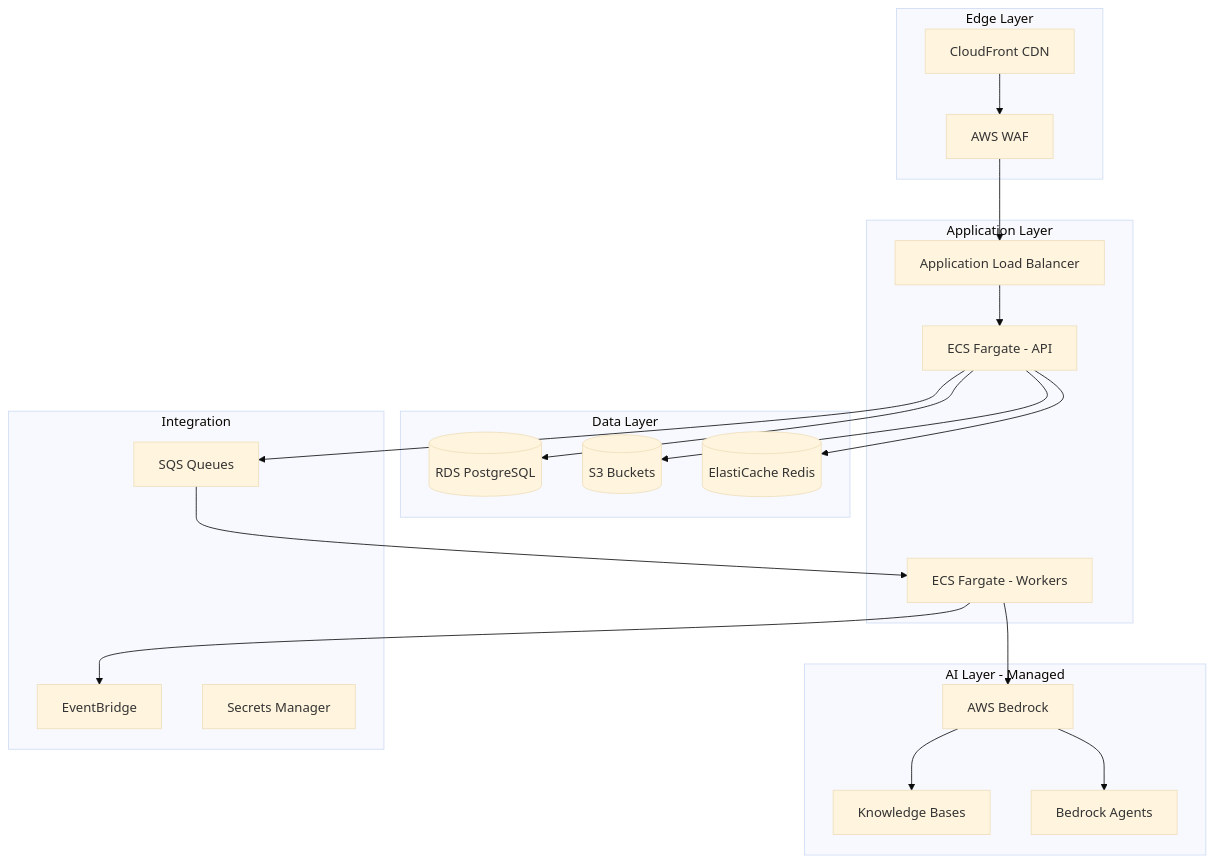
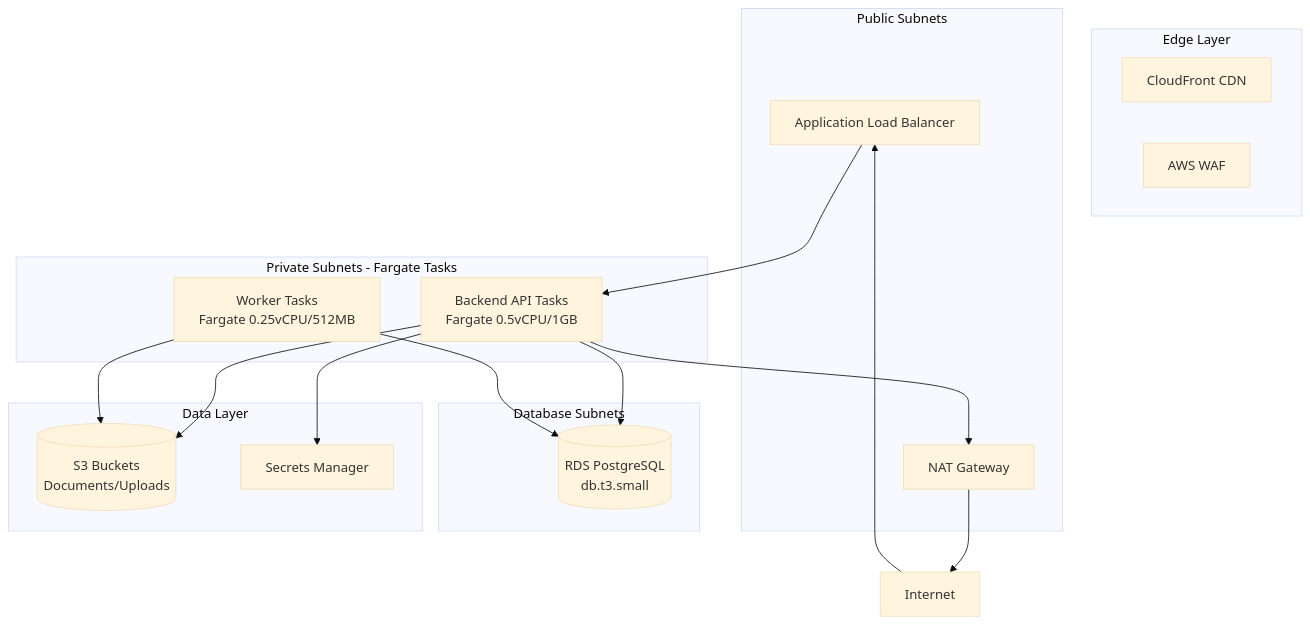
The first of 2 diagrams in docs/infrastructure.md (femimada/paperwurks-infrastructure), drawn with Mermaid (base theme) before and after one commit. The commit also changed other lines of this file and 1 other file, not shown here.

````diff
--- a/docs/infrastructure.md
+++ b/docs/infrastructure.md
@@ -38,44 +54,36 @@
 ```mermaid
 graph TB
     subgraph "Edge Layer"
         CF[CloudFront CDN]
         WAF[AWS WAF]
     end
 
-    subgraph "Application Layer"
+    subgraph "Public Subnets"
         ALB[Application Load Balancer]
-        ECS_API[ECS Fargate - API]
-        ECS_WORKER[ECS Fargate - Workers]
+        NAT[NAT Gateway]
     end
 
-    subgraph "AI Layer - Managed"
-        BEDROCK[AWS Bedrock]
-        KB[Knowledge Bases]
-        AGENTS[Bedrock Agents]
+    subgraph "Private Subnets - Fargate Tasks"
+        BACKEND[Backend API Tasks<br/>Fargate 0.5vCPU/1GB]
+        WORKER[Worker Tasks<br/>Fargate 0.25vCPU/512MB]
+    end
+
+    subgraph "Database Subnets"
+        RDS[(RDS PostgreSQL<br/>db.t3.small)]
     end
 
     subgraph "Data Layer"
-        RDS[(RDS PostgreSQL)]
-        S3[(S3 Buckets)]
-        REDIS[(ElastiCache Redis)]
+        S3[(S3 Buckets<br/>Documents/Uploads)]
+        SECRETS[Secrets Manager]
     end
 
-    subgraph "Integration"
-        SQS[SQS Queues]
-        EventBridge[EventBridge]
-        SecretsMgr[Secrets Manager]
-    end
-
-    CF --> WAF
-    WAF --> ALB
-    ALB --> ECS_API
-    ECS_API --> RDS
-    ECS_API --> S3
-    ECS_API --> REDIS
-    ECS_API --> SQS
-    SQS --> ECS_WORKER
-    ECS_WORKER --> BEDROCK
-    BEDROCK --> KB
-    BEDROCK --> AGENTS
-    ECS_WORKER --> EventBridge
+    Internet --> ALB
+    ALB --> BACKEND
+    BACKEND --> RDS
+    BACKEND --> S3
+    BACKEND --> SECRETS
+    WORKER --> RDS
+    WORKER --> S3
+    BACKEND --> NAT
+    NAT --> Internet
 ```
````
